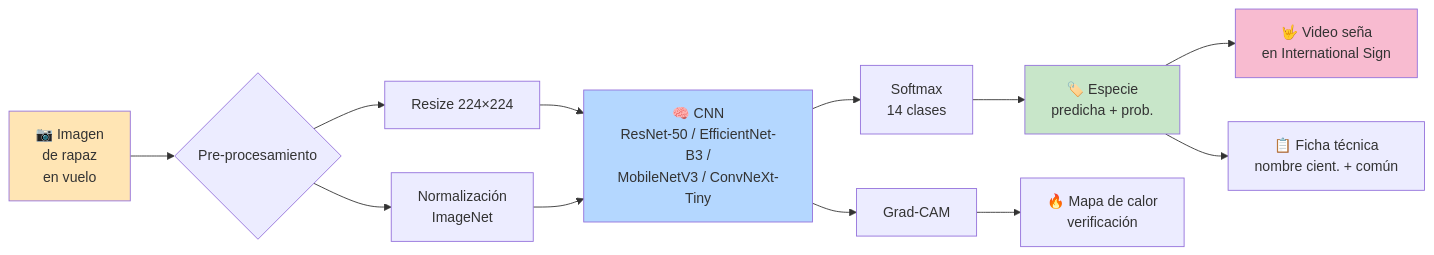
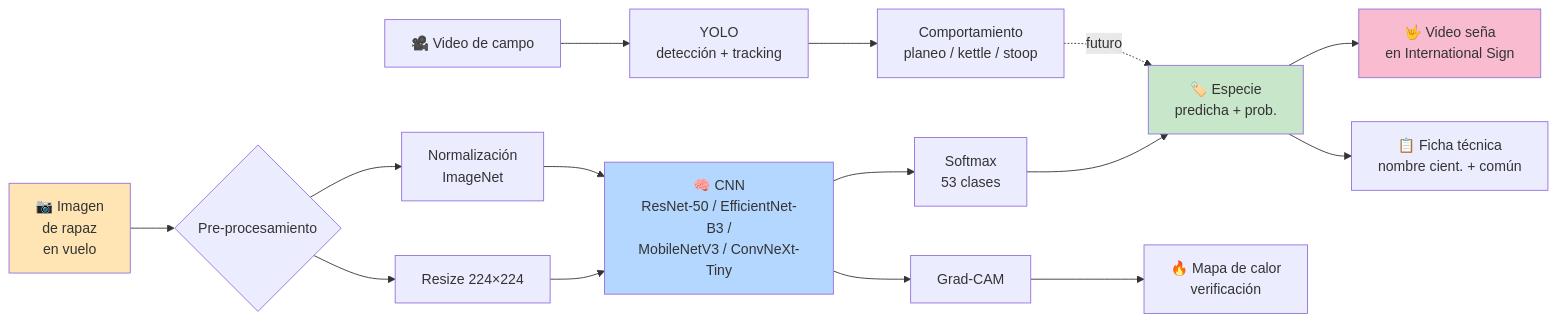
One commit to ZOMBIECRAFTIAN/raptors-cnn changed the first of 6 diagrams in documentacion/diagramas/arquitectura.md. Above: the diagram before and after it, drawn with Mermaid. The commit also changed other lines of this file and 26 other files, not shown here.

````diff
--- a/documentacion/diagramas/arquitectura.md
+++ b/documentacion/diagramas/arquitectura.md
@@ -9,18 +9,21 @@
 ```mermaid
 flowchart LR
     A[📷 Imagen<br/>de rapaz<br/>en vuelo] --> B{Pre-procesamiento}
     B --> B1[Resize 224×224]
     B --> B2[Normalización<br/>ImageNet]
     B1 & B2 --> C[🧠 CNN<br/>ResNet-50 / EfficientNet-B3 /<br/>MobileNetV3 / ConvNeXt-Tiny]
-    C --> D[Softmax<br/>14 clases]
+    C --> D[Softmax<br/>53 clases]
     D --> E[🏷️ Especie<br/>predicha + prob.]
     C --> F[Grad-CAM]
     F --> G[🔥 Mapa de calor<br/>verificación]
     E --> H[🤟 Video seña<br/>en International Sign]
     E --> I[📋 Ficha técnica<br/>nombre cient. + común]
+    V[🎥 Video de campo] --> Y[YOLO<br/>detección + tracking]
+    Y --> J[Comportamiento<br/>planeo / kettle / stoop]
+    J -. futuro .-> E
 
     style A fill:#FFE5B4
     style C fill:#B4D7FF
     style E fill:#C8E6C9
     style H fill:#F8BBD0
 ```
````
